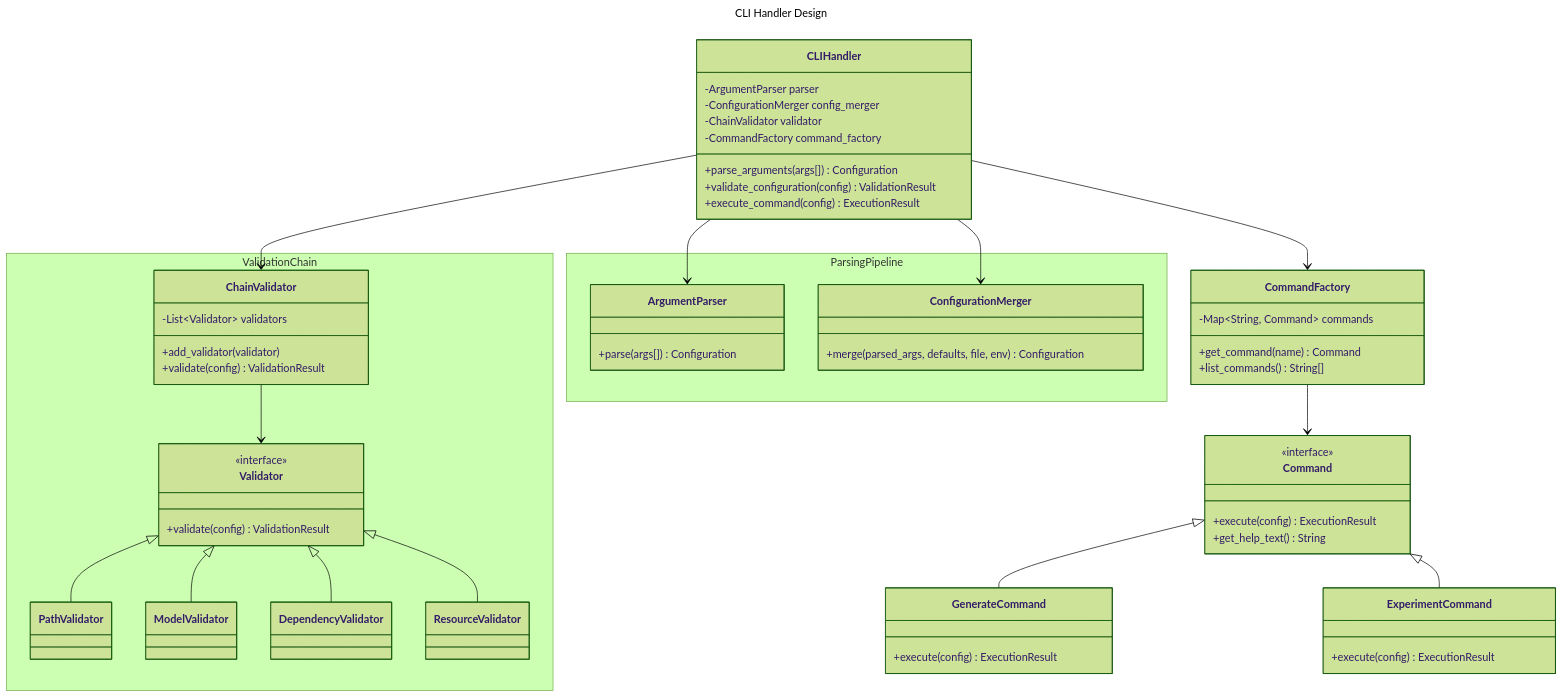
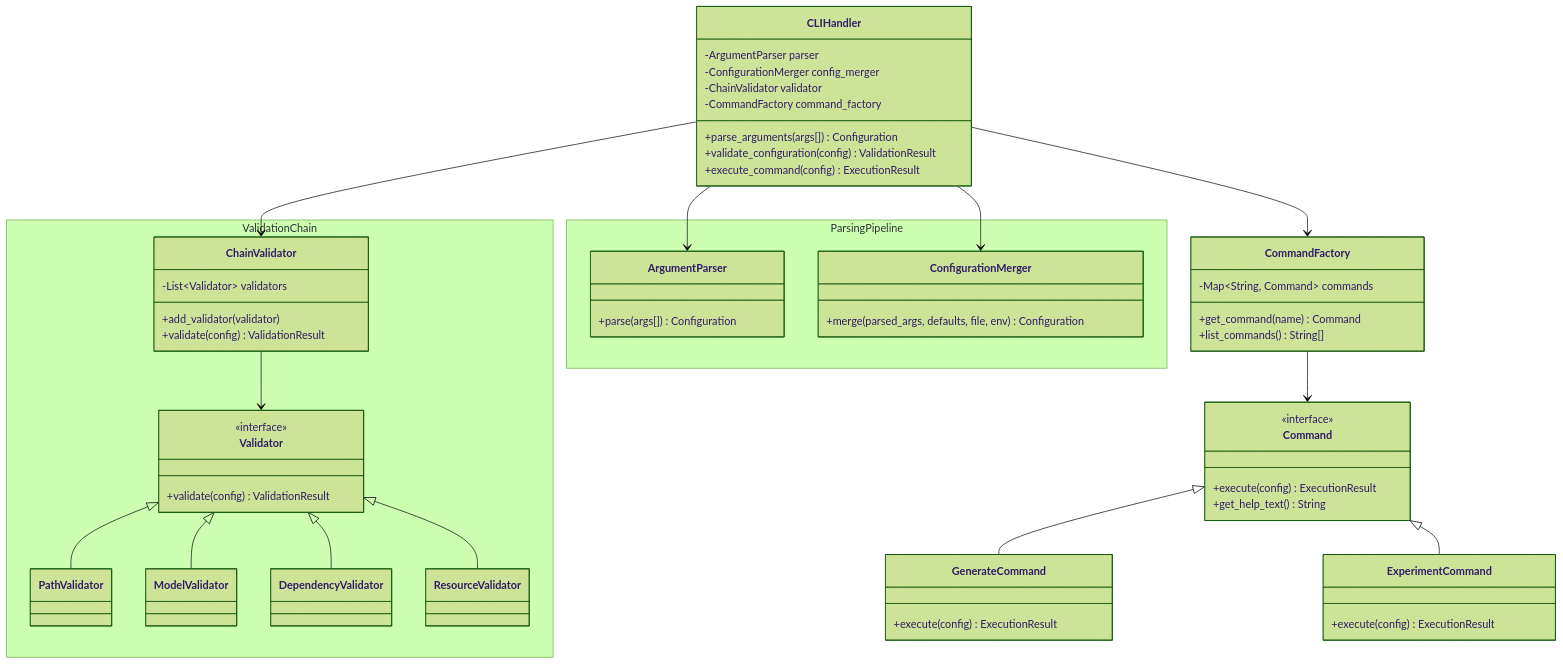
One commit to FilippoGurioli/test-2-code-llm changed the second of 3 diagrams in docs/design.md. Above: the diagram before and after it, drawn with Mermaid (forest theme). The commit also changed other lines of this file, not shown here.

Commit message:
docs: improve a bit cli handler design

````diff
--- a/docs/design.md
+++ b/docs/design.md
@@ -53,76 +55,73 @@
 ```mermaid
----
-title: CLI Handler Design
----
 classDiagram
     class CLIHandler {
         -ArgumentParser parser
         -ConfigurationMerger config_merger
         -ChainValidator validator
         -CommandFactory command_factory
         +parse_arguments(args[]) Configuration
         +validate_configuration(config) ValidationResult
         +execute_command(config) ExecutionResult
     }
     
     class CommandFactory {
         -Map~String, Command~ commands
         +get_command(name) Command
         +list_commands() String[]
     }
     
     class Command {
         <<interface>>
         +execute(config) ExecutionResult
         +get_help_text() String
     }
     
     class GenerateCommand {
         +execute(config) ExecutionResult
     }
     
     class ExperimentCommand {
         +execute(config) ExecutionResult
     }
     
     namespace ValidationChain {
         class ChainValidator {
             -List~Validator~ validators
             +add_validator(validator)
             +validate(config) ValidationResult
         }
 
         class Validator {
             <<interface>>
             +validate(config) ValidationResult
         }
 
         class PathValidator {}
         class ModelValidator {}
         class DependencyValidator {}
         class ResourceValidator {}
     }
 
     namespace ParsingPipeline {
         class ArgumentParser {
             +parse(args[]) Configuration
         }
 
         class ConfigurationMerger {
             +merge(parsed_args, defaults, file, env) Configuration
         }
     }
     
     CLIHandler --> CommandFactory
     CLIHandler --> ChainValidator
     CLIHandler --> ArgumentParser
     CLIHandler --> ConfigurationMerger
     CommandFactory --> Command
     Command <|-- GenerateCommand
     Command <|-- ExperimentCommand
     ChainValidator --> Validator
     Validator <|-- PathValidator
     Validator <|-- ModelValidator
     Validator <|-- DependencyValidator
     Validator <|-- ResourceValidator
 ```
````
